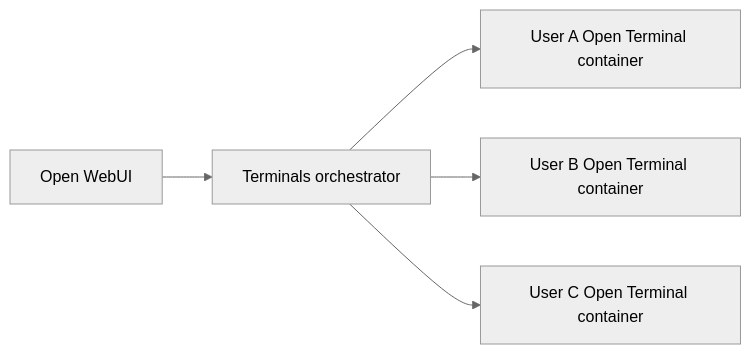
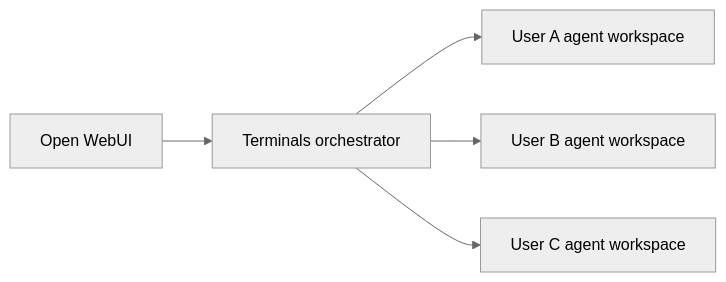
Before and after one commit to open-webui/docs: the diagram in docs/features/open-terminal/terminals/orchestration/index.md, drawn with Mermaid (neutral theme). The commit also changed other lines of this file and 3 other files, not shown here.

````diff
--- a/docs/features/open-terminal/terminals/orchestration/index.md
+++ b/docs/features/open-terminal/terminals/orchestration/index.md
@@ -10,7 +12,7 @@
 ```mermaid
 flowchart LR
     A["Open WebUI"] --> B["Terminals orchestrator"]
-    B --> C["User A Open Terminal container"]
-    B --> D["User B Open Terminal container"]
-    B --> E["User C Open Terminal container"]
+    B --> C["User A agent workspace"]
+    B --> D["User B agent workspace"]
+    B --> E["User C agent workspace"]
 ```
````
